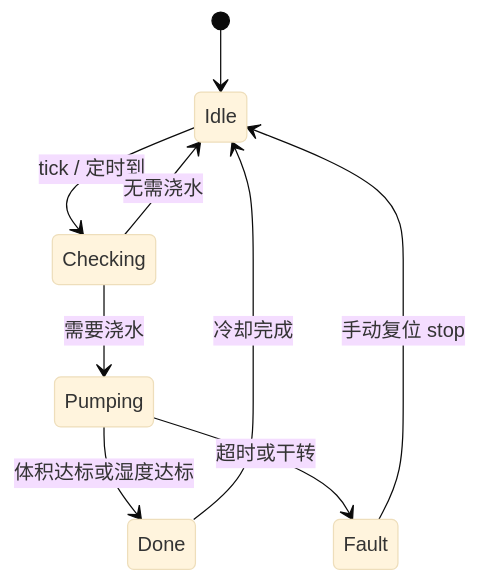
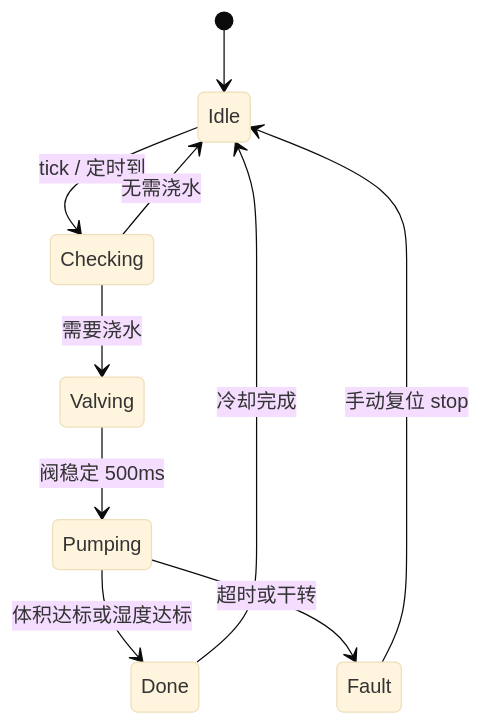
One commit to typhoon322/AutoWateringSystem changed the third of 3 diagrams in docs/system-design.md. Above: the diagram before and after it, drawn with Mermaid (base theme). The commit also changed other lines of this file and 32 other files, not shown here.

First line of the commit message:
Add I2C expander architecture for up to 10 zones (v2.1).

````diff
--- a/docs/system-design.md
+++ b/docs/system-design.md
@@ -172,11 +217,12 @@
 ```mermaid
 stateDiagram-v2
     [*] --> Idle
     Idle --> Checking: tick / 定时到
-    Checking --> Pumping: 需要浇水
+    Checking --> Valving: 需要浇水
     Checking --> Idle: 无需浇水
+    Valving --> Pumping: 阀稳定 500ms
     Pumping --> Done: 体积达标或湿度达标
     Pumping --> Fault: 超时或干转
     Done --> Idle: 冷却完成
     Fault --> Idle: 手动复位 stop
 ```
````
